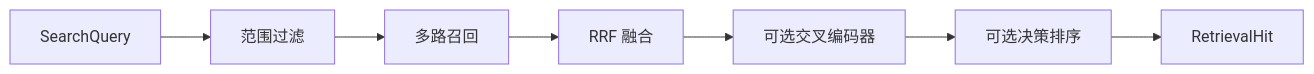
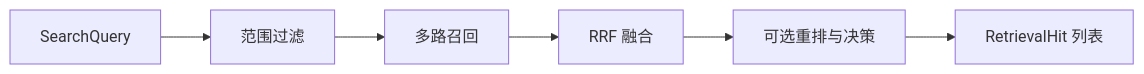
The diagram in .repo-review/knowledge/articles/0f4c98f99ec08ee9f67bc4c9abbbec7193e9e0c6a38384e2306d9c1cf84a9f03.md (lejunyang/omem), drawn with Mermaid before and after one commit. The commit also changed other lines of this file and 9 other files, not shown here.

````diff
--- a/.repo-review/knowledge/articles/0f4c98f99ec08ee9f67bc4c9abbbec7193e9e0c6a38384e2306d9c1cf84a9f03.md
+++ b/.repo-review/knowledge/articles/0f4c98f99ec08ee9f67bc4c9abbbec7193e9e0c6a38384e2306d9c1cf84a9f03.md
@@ -17,9 +19,8 @@
 ```mermaid
 flowchart LR
   Q[SearchQuery] --> F[范围过滤]
   F --> R[多路召回]
-  R --> X[RRF 融合]
-  X --> C[可选交叉编码器]
-  C --> D[可选决策排序]
-  D --> O[RetrievalHit]
+  R --> U[RRF 融合]
+  U --> X[可选重排与决策]
+  X --> O[RetrievalHit 列表]
 ```
````
